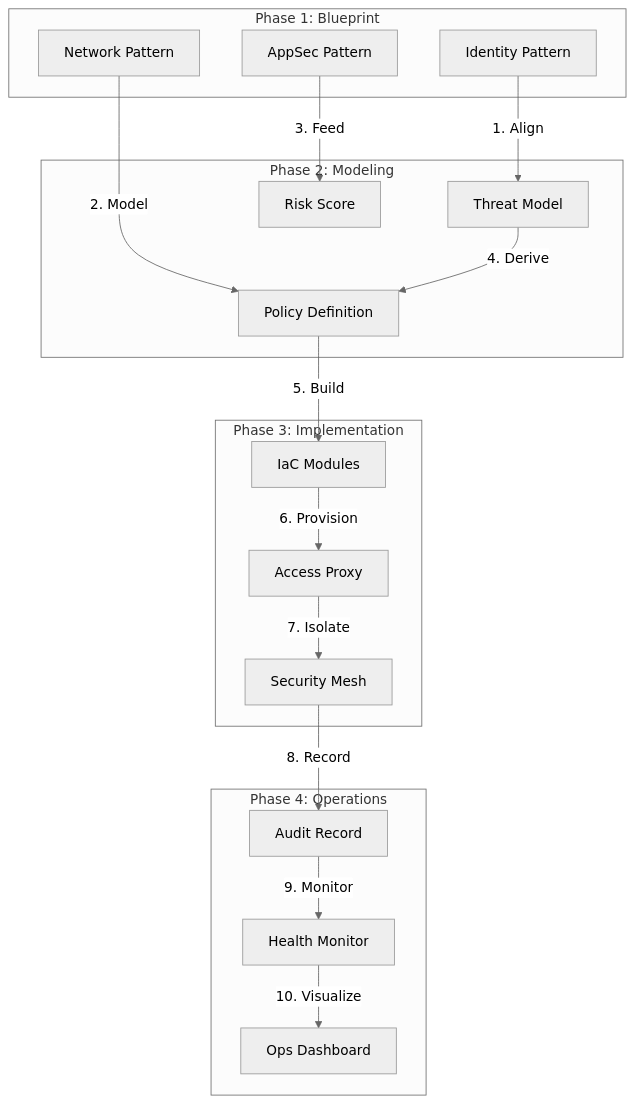
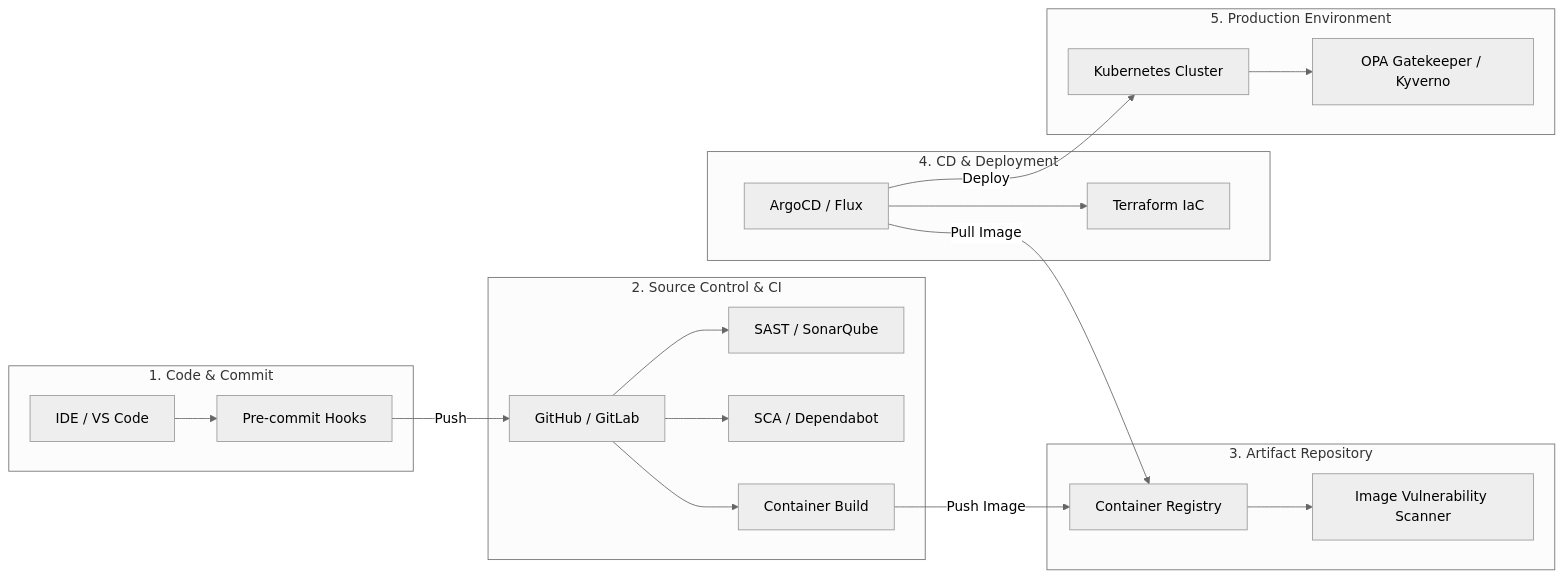
The fourth of 12 diagrams in README.md (Devopstrio/zero-trust-reference), drawn with Mermaid (neutral theme) before and after one commit. The commit also changed other lines of this file and 2 other files, not shown here.

Commit message:
docs: update with high-level enterprise architecture diagrams

````diff
--- a/README.md
+++ b/README.md
@@ -45,37 +170,41 @@
 ```mermaid
-graph TD
-    subgraph "Phase 1: Blueprint"
-        IdP[Identity Pattern]
-        NetP[Network Pattern]
-        AppP[AppSec Pattern]
+graph LR
+    subgraph "1. Code & Commit"
+        IDE[IDE / VS Code]
+        PreCommit[Pre-commit Hooks]
+        IDE --> PreCommit
     end
 
-    subgraph "Phase 2: Modeling"
-        Model[Threat Model]
-        Policy[Policy Definition]
-        Score[Risk Score]
+    subgraph "2. Source Control & CI"
+        Git[GitHub / GitLab]
+        SAST[SAST / SonarQube]
+        SCA[SCA / Dependabot]
+        Build[Container Build]
+        Git --> SAST
+        Git --> SCA
+        Git --> Build
     end
 
-    subgraph "Phase 3: Implementation"
-        Code[IaC Modules]
-        Proxy[Access Proxy]
-        Mesh[Security Mesh]
+    subgraph "3. Artifact Repository"
+        Registry[Container Registry]
+        ImageScan[Image Vulnerability Scanner]
+        Registry --> ImageScan
     end
 
-    subgraph "Phase 4: Operations"
-        Audit[Audit Record]
-        Mon[Health Monitor]
-        Dash[Ops Dashboard]
+    subgraph "4. CD & Deployment"
+        GitOps[ArgoCD / Flux]
+        Infra[Terraform IaC]
+        GitOps --> Infra
     end
 
-    IdP -->|1. Align| Model
-    NetP -->|2. Model| Policy
-    AppP -->|3. Feed| Score
-    Model -->|4. Derive| Policy
-    Policy -->|5. Build| Code
-    Code -->|6. Provision| Proxy
-    Proxy -->|7. Isolate| Mesh
-    Mesh -->|8. Record| Audit
-    Audit -->|9. Monitor| Mon
-    Mon -->|10. Visualize| Dash
+    subgraph "5. Production Environment"
+        K8s[Kubernetes Cluster]
+        Policy[OPA Gatekeeper / Kyverno]
+        K8s --> Policy
+    end
+
+    PreCommit -->|Push| Git
+    Build -->|Push Image| Registry
+    GitOps -->|Pull Image| Registry
+    GitOps -->|Deploy| K8s
 ```
````
